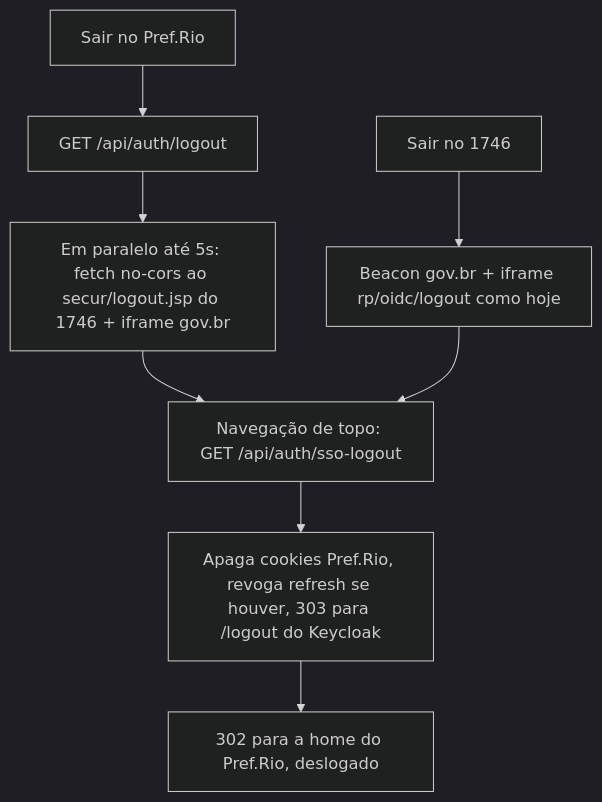
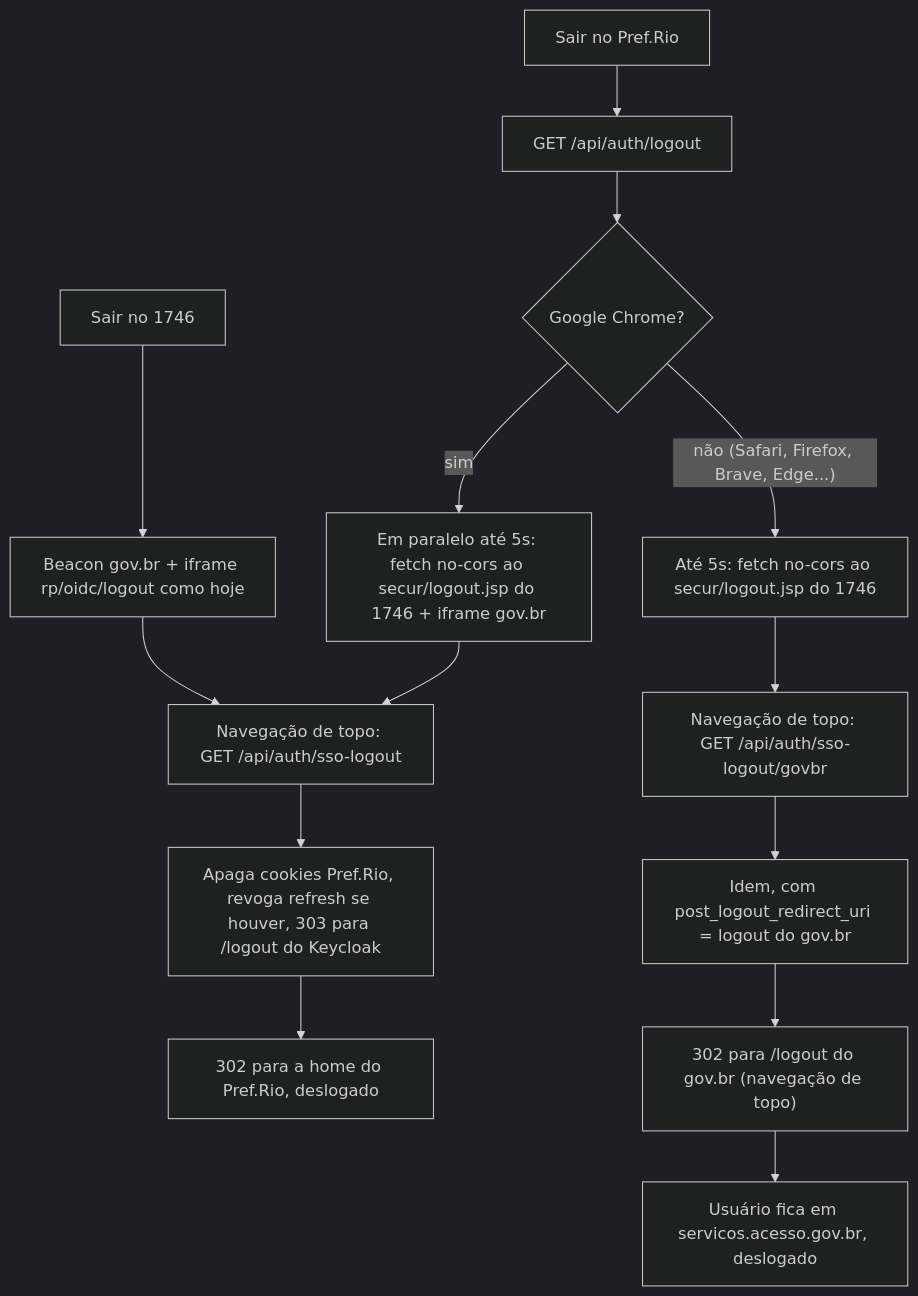
The diagram in docs/logout-sincronizado-1746.md (prefeitura-rio/superapp), drawn with Mermaid (dark theme) before and after one commit. The commit also changed other lines of this file and 14 other files, not shown here.

First line of the commit message:
fix(auth): encerra o Gov.br por navegação de topo fora do Google Chrome

````diff
--- a/docs/logout-sincronizado-1746.md
+++ b/docs/logout-sincronizado-1746.md
@@ -71,10 +73,16 @@
 ```mermaid
 flowchart TD
   sairPref["Sair no Pref.Rio"] --> apiLogout["GET /api/auth/logout"]
-  apiLogout --> bg["Em paralelo até 5s: fetch no-cors ao secur/logout.jsp do 1746 + iframe gov.br"]
+  apiLogout --> chrome{"Google Chrome?"}
+  chrome -- sim --> bg["Em paralelo até 5s: fetch no-cors ao secur/logout.jsp do 1746 + iframe gov.br"]
   bg --> ssoLogout["Navegação de topo: GET /api/auth/sso-logout"]
+  chrome -- "não (Safari, Firefox, Brave, Edge...)" --> bg1746["Até 5s: fetch no-cors ao secur/logout.jsp do 1746"]
+  bg1746 --> ssoLogoutGovbr["Navegação de topo: GET /api/auth/sso-logout/govbr"]
   sair1746["Sair no 1746"] --> sfLocal["Beacon gov.br + iframe rp/oidc/logout como hoje"]
   sfLocal --> ssoLogout
   ssoLogout --> kcLogout["Apaga cookies Pref.Rio, revoga refresh se houver, 303 para /logout do Keycloak"]
   kcLogout --> home["302 para a home do Pref.Rio, deslogado"]
+  ssoLogoutGovbr --> kcLogoutGovbr["Idem, com post_logout_redirect_uri = logout do gov.br"]
+  kcLogoutGovbr --> govbrLogout["302 para /logout do gov.br (navegação de topo)"]
+  govbrLogout --> govbrHome["Usuário fica em servicos.acesso.gov.br, deslogado"]
 ```
````
